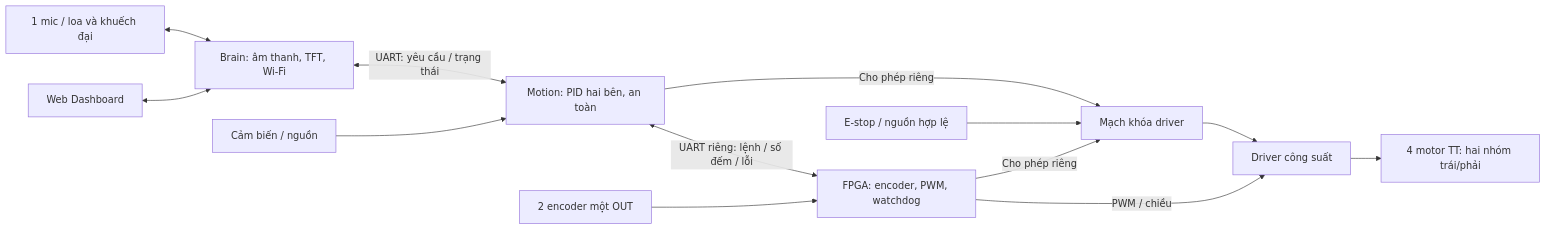
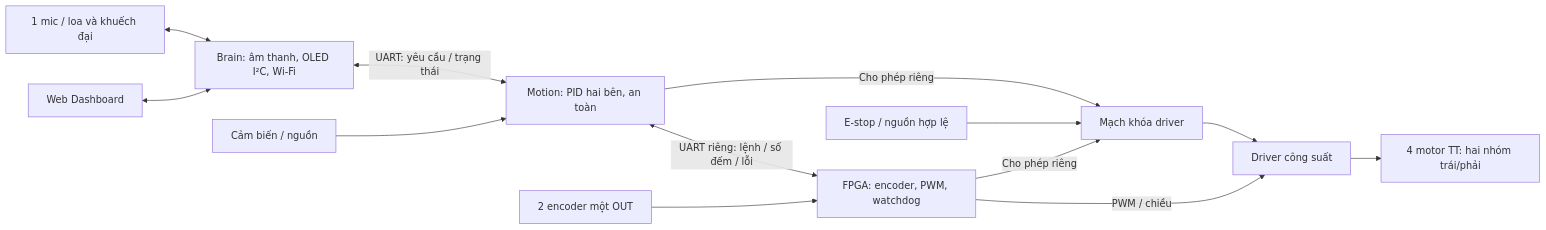
The diagram in docs/fpga-drive-plan.md (TuanDanny/AW-Car), drawn with Mermaid before and after one commit. The commit also changed other lines of this file and 86 other files, not shown here.

````diff
--- a/docs/fpga-drive-plan.md
+++ b/docs/fpga-drive-plan.md
@@ -39,15 +47,15 @@
 ```mermaid
 flowchart LR
-    Web[Web Dashboard] <--> Brain[Brain: âm thanh, TFT, Wi-Fi]
+    Web[Web Dashboard] <--> Brain[Brain: âm thanh, OLED I²C, Wi-Fi]
     Audio[1 mic / loa và khuếch đại] <--> Brain
     Brain <-->|UART: yêu cầu / trạng thái| Motion[Motion: PID hai bên, an toàn]
     Sensors[Cảm biến / nguồn] --> Motion
     Motion <-->|UART riêng: lệnh / số đếm / lỗi| FPGA[FPGA: encoder, PWM, watchdog]
     Encoder[2 encoder một OUT] --> FPGA
     FPGA -->|PWM / chiều| Driver[Driver công suất]
     Driver --> Motors[4 motor TT: hai nhóm trái/phải]
     Motion -->|Cho phép riêng| Gate[Mạch khóa driver]
     FPGA -->|Cho phép riêng| Gate
     Stop[E-stop / nguồn hợp lệ] --> Gate
     Gate --> Driver
 ```
````
